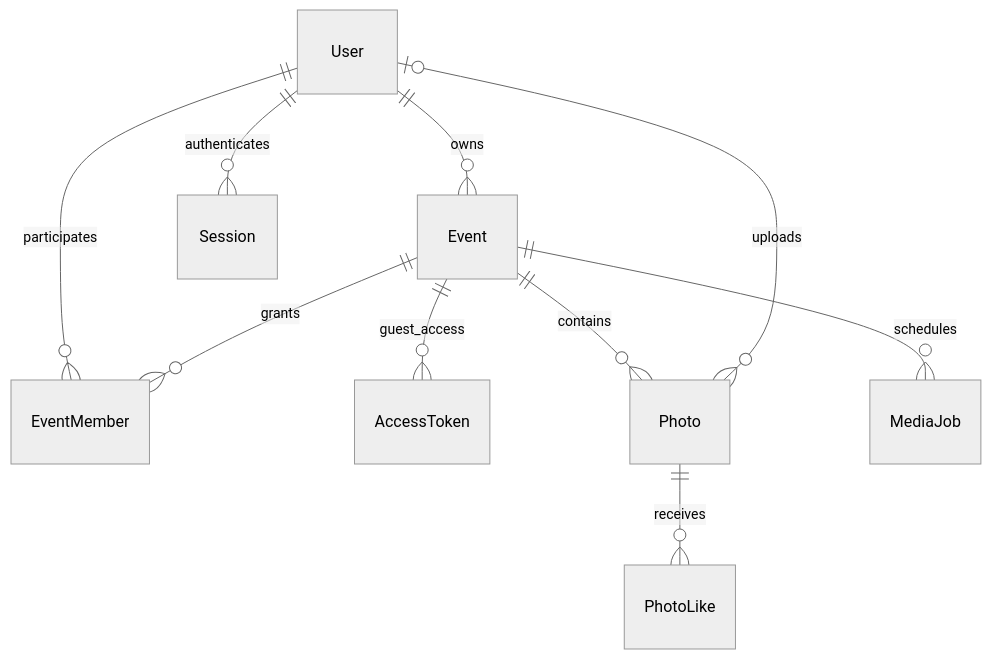
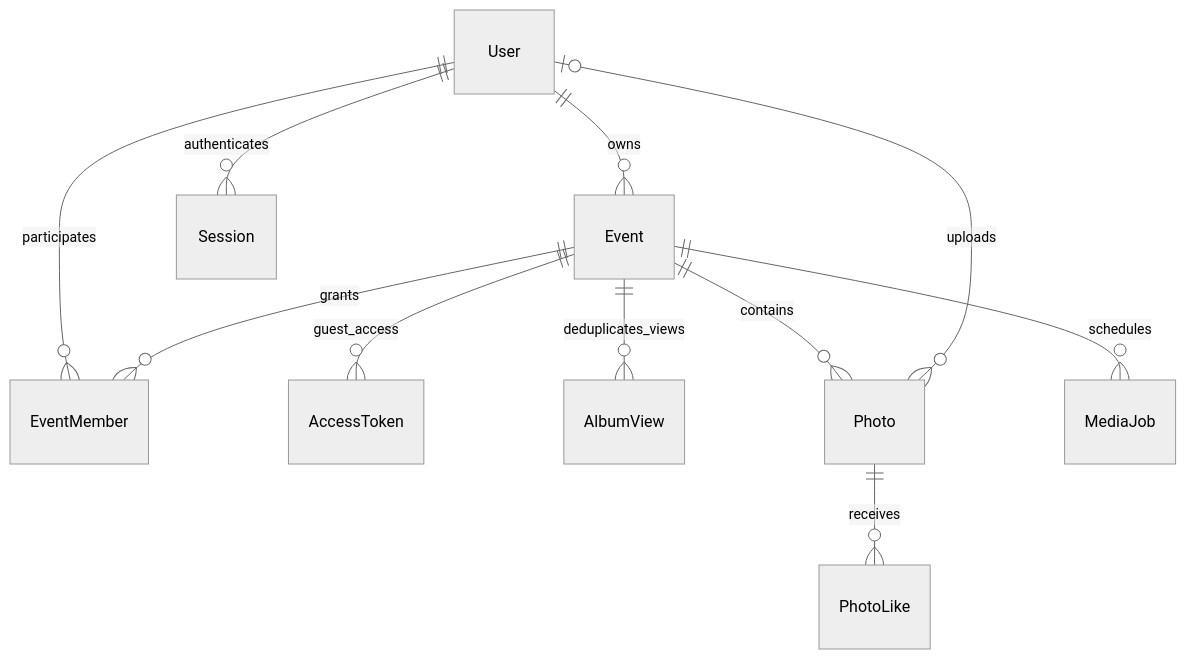
One commit to issatayyyy/partyphoto changed the diagram in docs/architecture.md. Above: the diagram before and after it, drawn with Mermaid (neutral theme). The commit also changed other lines of this file and 13 other files, not shown here.

Commit message:
Track guest album views once per browser in a rolling day

````diff
--- a/docs/architecture.md
+++ b/docs/architecture.md
@@ -8,12 +8,13 @@
 ```mermaid
 erDiagram
   User ||--o{ Event : owns
   User ||--o{ EventMember : participates
   Event ||--o{ EventMember : grants
   User ||--o{ Session : authenticates
   Event ||--o{ AccessToken : guest_access
+  Event ||--o{ AlbumView : deduplicates_views
   Event ||--o{ Photo : contains
   Photo ||--o{ PhotoLike : receives
   User o|--o{ Photo : uploads
   Event ||--o{ MediaJob : schedules
 ```
````
